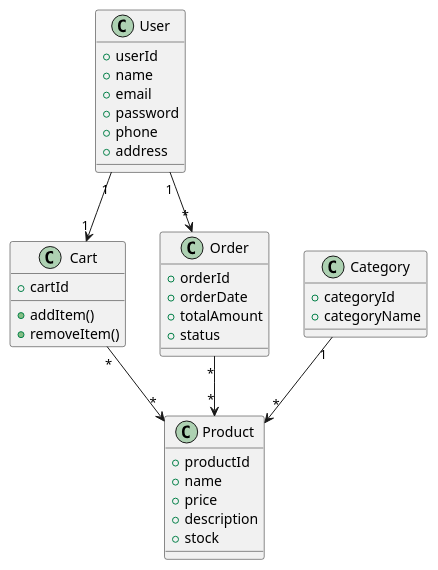
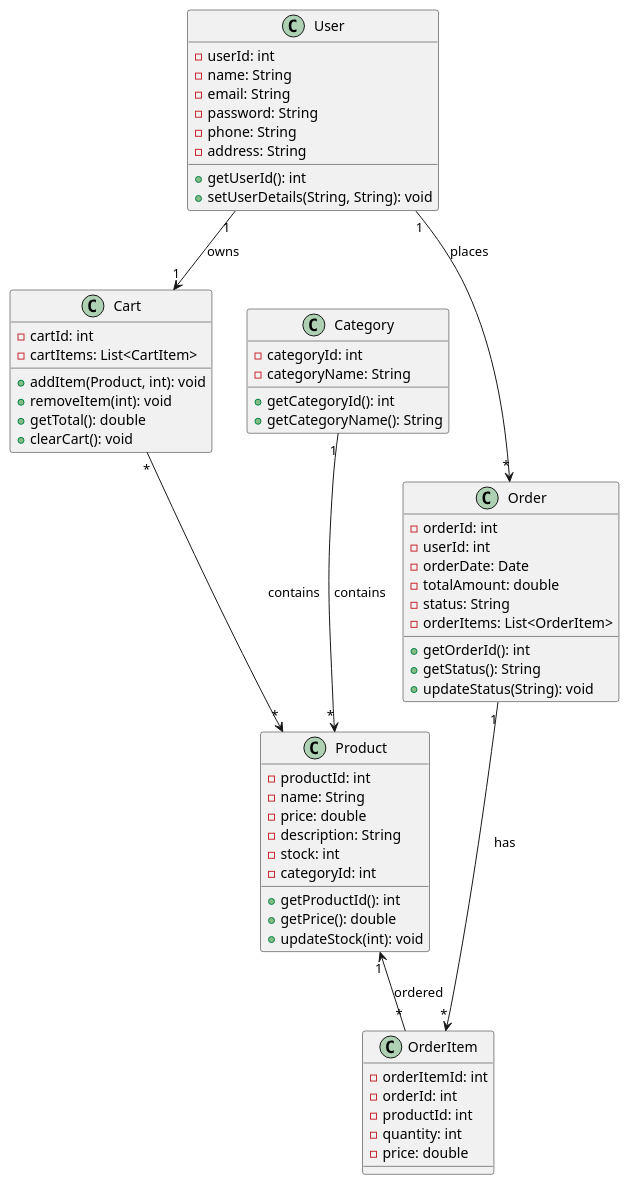
One commit to KHari07/HKFashion-Source changed the second of 4 diagrams in README.md. Above: the diagram before and after it, drawn with PlantUML. The commit also changed other lines of this file, not shown here.

````diff
--- a/README.md
+++ b/README.md
@@ -217,46 +276,71 @@
 ```plantuml
 @startuml
 
 class User {
-+userId
-+name
-+email
-+password
-+phone
-+address
+    -userId: int
+    -name: String
+    -email: String
+    -password: String
+    -phone: String
+    -address: String
+    +getUserId(): int
+    +setUserDetails(String, String): void
 }
 
 class Product {
-+productId
-+name
-+price
-+description
-+stock
+    -productId: int
+    -name: String
+    -price: double
+    -description: String
+    -stock: int
+    -categoryId: int
+    +getProductId(): int
+    +getPrice(): double
+    +updateStock(int): void
 }
 
 class Category {
-+categoryId
-+categoryName
+    -categoryId: int
+    -categoryName: String
+    +getCategoryId(): int
+    +getCategoryName(): String
 }
 
 class Cart {
-+cartId
-+addItem()
-+removeItem()
+    -cartId: int
+    -cartItems: List<CartItem>
+    +addItem(Product, int): void
+    +removeItem(int): void
+    +getTotal(): double
+    +clearCart(): void
 }
 
 class Order {
-+orderId
-+orderDate
-+totalAmount
-+status
+    -orderId: int
+    -userId: int
+    -orderDate: Date
+    -totalAmount: double
+    -status: String
+    -orderItems: List<OrderItem>
+    +getOrderId(): int
+    +getStatus(): String
+    +updateStatus(String): void
 }
 
-User "1" --> "1" Cart
-User "1" --> "*" Order
-Category "1" --> "*" Product
-Cart "*" --> "*" Product
-Order "*" --> "*" Product
+class OrderItem {
+    -orderItemId: int
+    -orderId: int
+    -productId: int
+    -quantity: int
+    -price: double
+}
+
+User "1" --> "1" Cart : owns
+User "1" --> "*" Order : places
+Category "1" --> "*" Product : contains
+Cart "*" --> "*" Product : contains
+Order "1" --> "*" OrderItem : has
+Product "1" <-- "*" OrderItem : ordered
 
 @enduml
 ```
````
